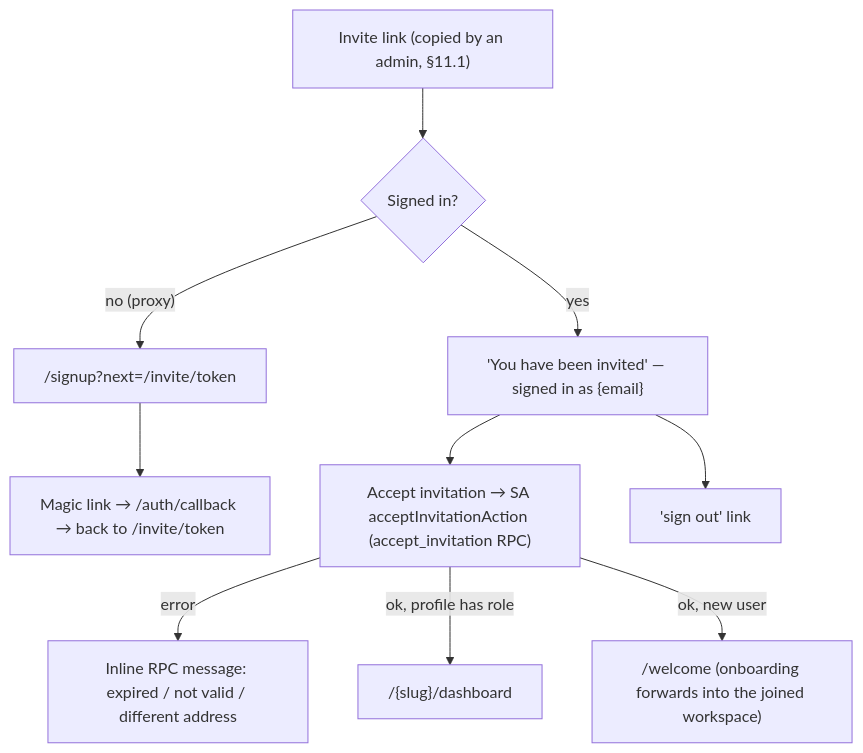
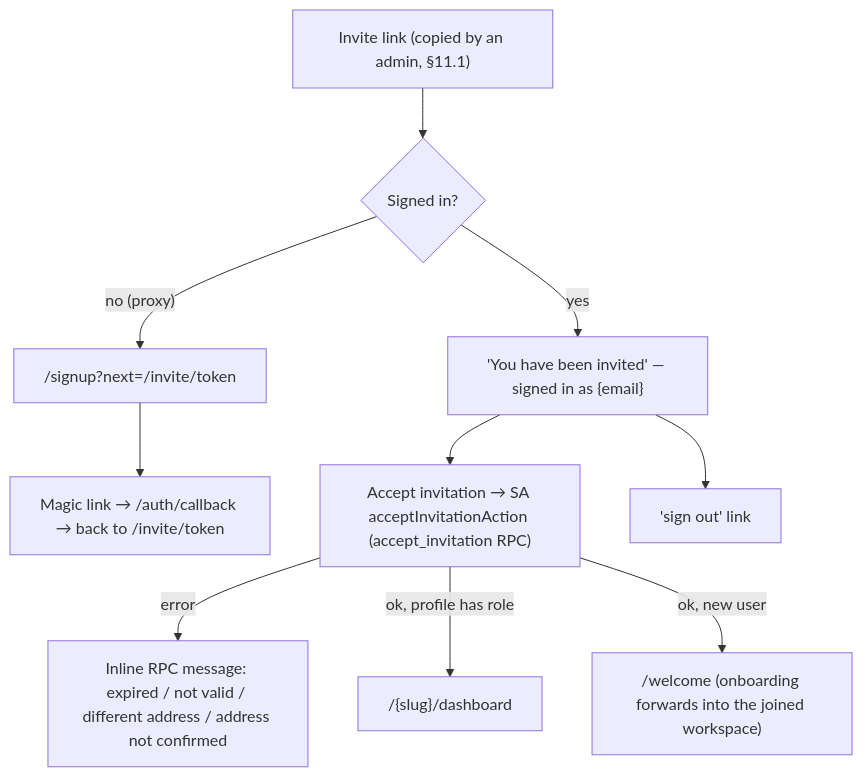
Before and after one commit to arpitcoding007-star/Huntloop: the seventh of 8 diagrams in COMMAND.md, drawn with Mermaid. The commit also changed other lines of this file and 128 other files, not shown here.

````diff
--- a/COMMAND.md
+++ b/COMMAND.md
@@ -1279,12 +1258,12 @@
 ```mermaid
 flowchart TD
   L["Invite link (copied by an admin, §11.1)"] --> P{"Signed in?"}
   P -- "no (proxy)" --> SU["/signup?next=/invite/token"]
   SU --> ML["Magic link → /auth/callback → back to /invite/token"]
   P -- yes --> PG["'You have been invited' — signed in as {email}"]
   PG --> A["Accept invitation → SA acceptInvitationAction (accept_invitation RPC)"]
-  A -- error --> E["Inline RPC message: expired / not valid / different address"]
+  A -- error --> E["Inline RPC message: expired / not valid / different address / address not confirmed"]
   A -- "ok, profile has role" --> D["/{slug}/dashboard"]
   A -- "ok, new user" --> W["/welcome (onboarding forwards into the joined workspace)"]
   PG --> SO["'sign out' link"]
 ```
````
